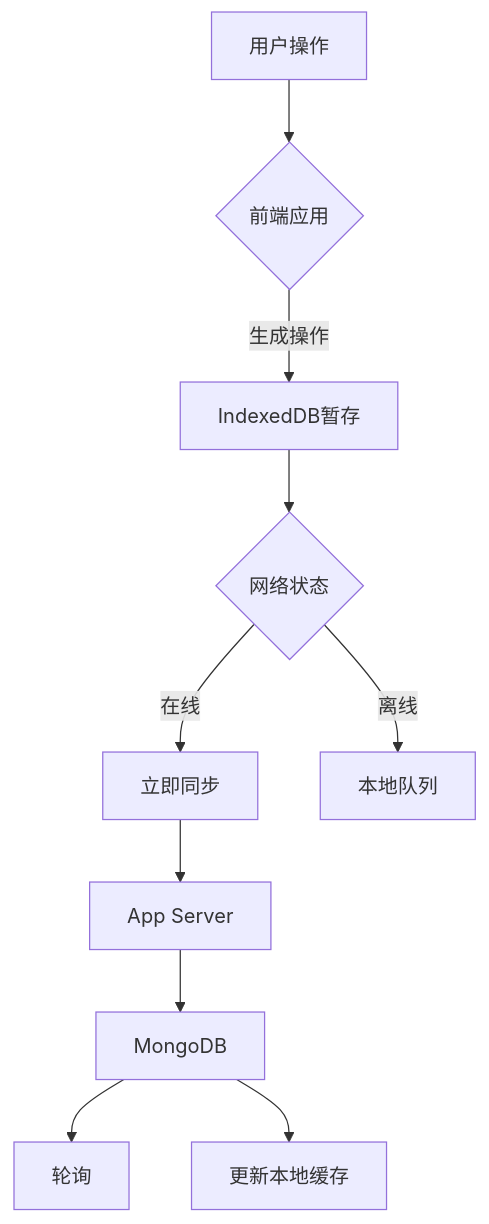
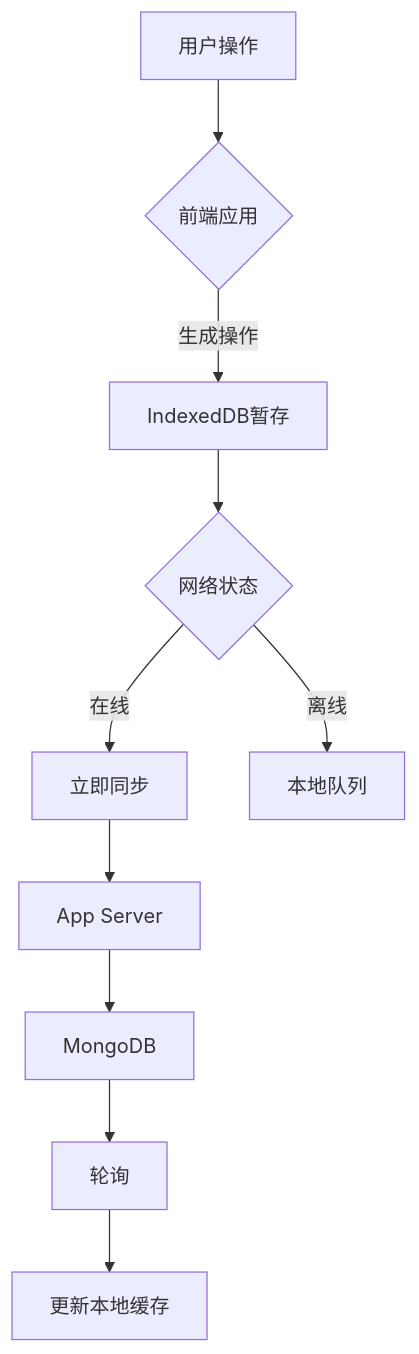
One commit to yingjianzh/iodraw-files changed the diagram in all/未命名-21.md. Above: the diagram before and after it, drawn with Mermaid.

Commit message:
2025-02-17 14:46:30 update

````diff
--- a/all/未命名-21.md
+++ b/all/未命名-21.md
@@ -1,12 +1,12 @@
 ```mermaid
 graph TD
     A[用户操作] --> B{前端应用}
     B -->|生成操作| C[IndexedDB暂存]
     C --> D{网络状态}
     D -->|在线| E[立即同步]
     D -->|离线| F[本地队列]
     E --> G[App Server]
     G --> H[MongoDB]
     H --> I[轮询]
-    H --> K[更新本地缓存]
+    I --> K[更新本地缓存]
 ```
````
